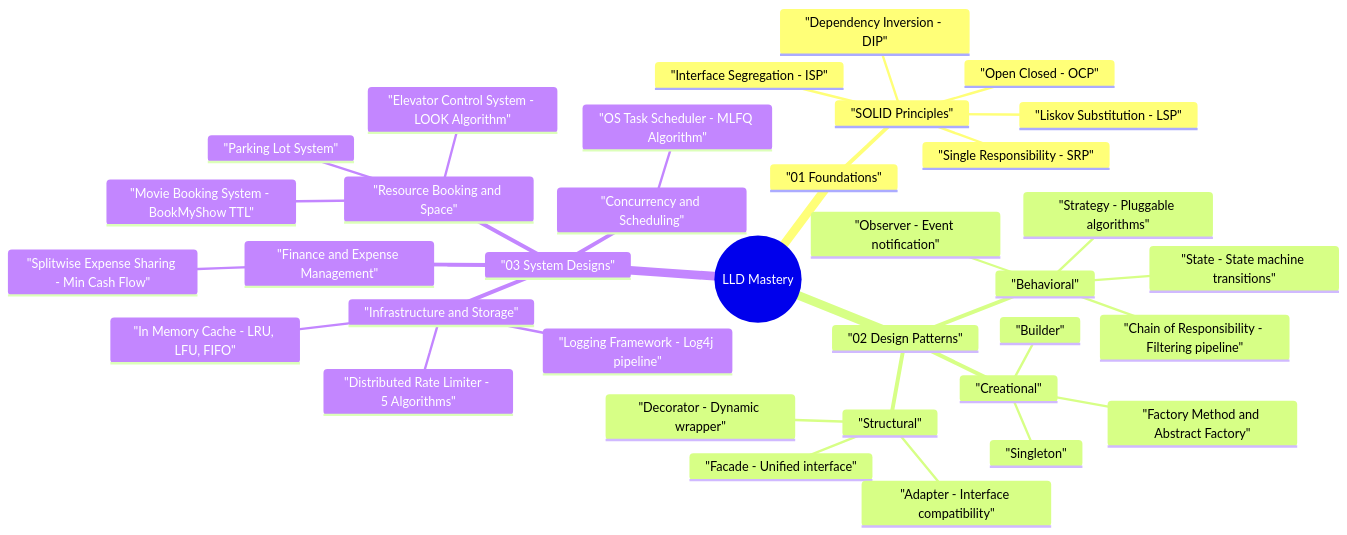
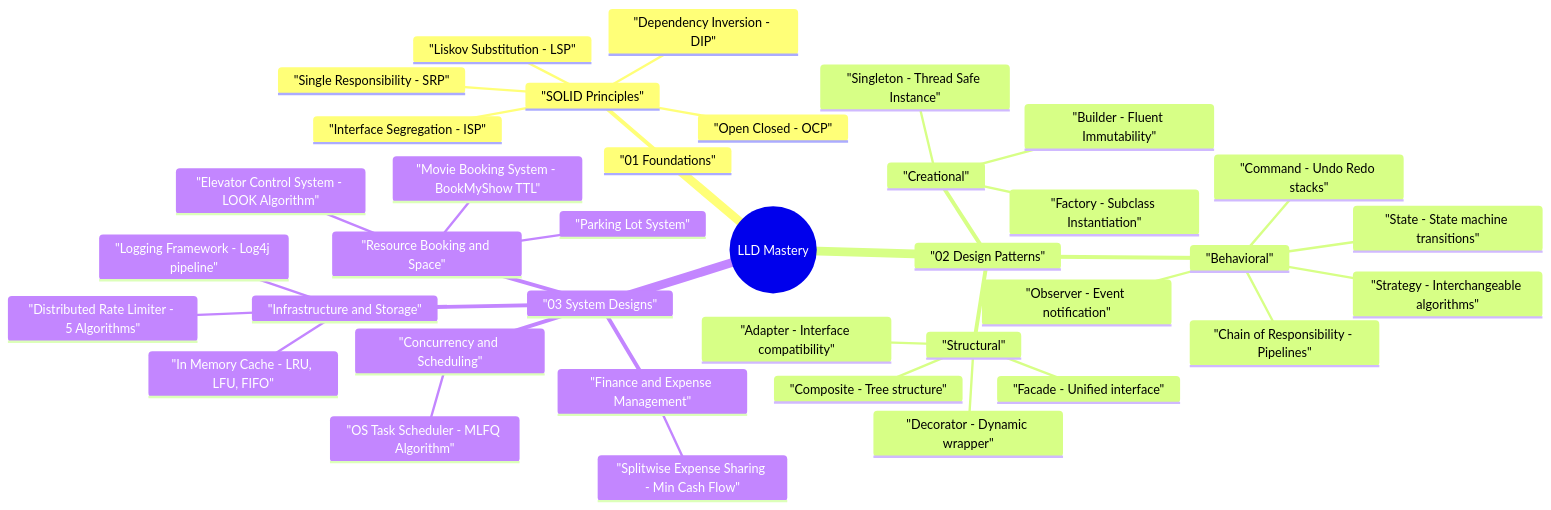
Before and after one commit to chauhankartik/private-2026: the diagram in lld/00_LLD_MindMap.md, drawn with Mermaid. The commit also changed other lines of this file and 17 other files, not shown here.

Commit message:
Add missing essential design patterns (Singleton, Factory, Builder, Adapter, Composite, Strategy, Chain of Responsibility, Command)

````diff
--- a/lld/00_LLD_MindMap.md
+++ b/lld/00_LLD_MindMap.md
@@ -9,38 +9,40 @@
 ```mermaid
 mindmap
   root(("LLD Mastery"))
     "01 Foundations"
       "SOLID Principles"
         "Single Responsibility - SRP"
         "Open Closed - OCP"
         "Liskov Substitution - LSP"
         "Interface Segregation - ISP"
         "Dependency Inversion - DIP"
     "02 Design Patterns"
       "Creational"
-        "Singleton"
-        "Factory Method and Abstract Factory"
-        "Builder"
+        "Singleton - Thread Safe Instance"
+        "Factory - Subclass Instantiation"
+        "Builder - Fluent Immutability"
       "Structural"
         "Decorator - Dynamic wrapper"
         "Facade - Unified interface"
         "Adapter - Interface compatibility"
+        "Composite - Tree structure"
       "Behavioral"
         "Observer - Event notification"
         "State - State machine transitions"
-        "Strategy - Pluggable algorithms"
-        "Chain of Responsibility - Filtering pipeline"
+        "Strategy - Interchangeable algorithms"
+        "Chain of Responsibility - Pipelines"
+        "Command - Undo Redo stacks"
     "03 System Designs"
       "Infrastructure and Storage"
         "Logging Framework - Log4j pipeline"
         "In Memory Cache - LRU, LFU, FIFO"
         "Distributed Rate Limiter - 5 Algorithms"
       "Resource Booking and Space"
         "Parking Lot System"
         "Movie Booking System - BookMyShow TTL"
         "Elevator Control System - LOOK Algorithm"
       "Finance and Expense Management"
         "Splitwise Expense Sharing - Min Cash Flow"
       "Concurrency and Scheduling"
         "OS Task Scheduler - MLFQ Algorithm"
 ```
````
